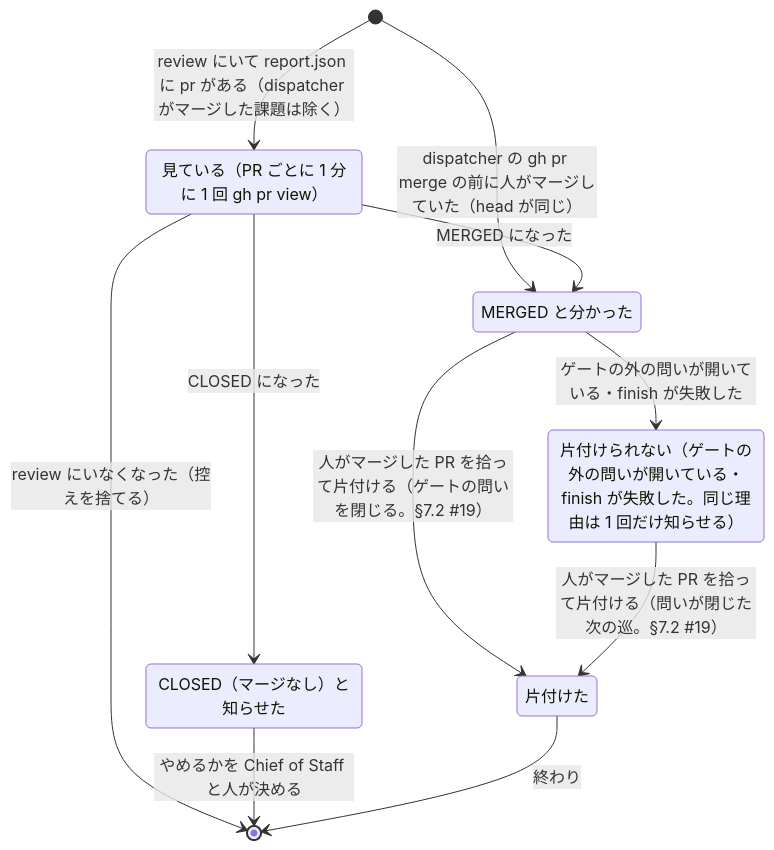
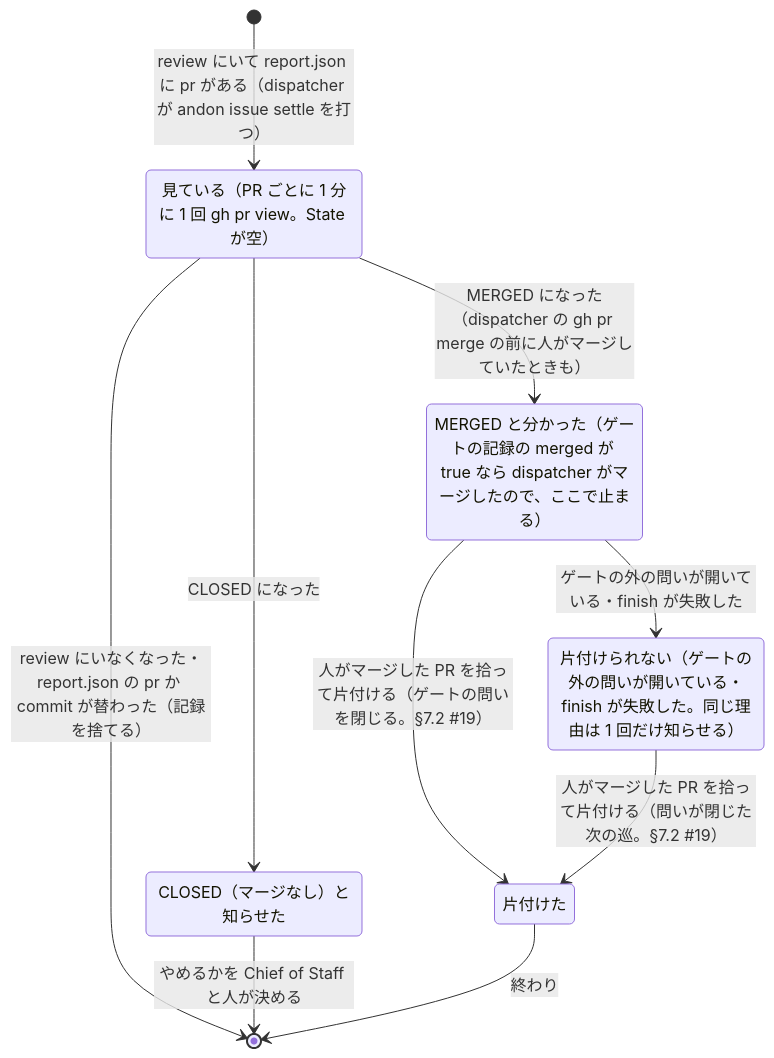
The diagram in docs/process/human-merge.md (mitaku/andon), drawn with Mermaid before and after one commit. The commit also changed other lines of this file and 16 other files, not shown here.

First line of the commit message:
人のマージの拾いと片付けを andon issue settle に出し、自分の記録 <slug>.settle.json を持つ（ADR-0017 P7。A-0096） (#251)

````diff
--- a/docs/process/human-merge.md
+++ b/docs/process/human-merge.md
@@ -9,18 +9,17 @@
 ```mermaid
 stateDiagram-v2
-  state "見ている（PR ごとに 1 分に 1 回 gh pr view）" as s_watching
-  state "MERGED と分かった" as s_merged
+  state "見ている（PR ごとに 1 分に 1 回 gh pr view。State が空）" as s_watching
+  state "MERGED と分かった（ゲートの記録の merged が true なら dispatcher がマージしたので、ここで止まる）" as s_merged
   state "CLOSED（マージなし）と知らせた" as s_closed
   state "片付けられない（ゲートの外の問いが開いている・finish が失敗した。同じ理由は 1 回だけ知らせる）" as s_held
   state "片付けた" as s_finished
-  [*] --> s_watching: review にいて report.json に pr がある（dispatcher がマージした課題は除く）
-  [*] --> s_merged: dispatcher の gh pr merge の前に人がマージしていた（head が同じ）
-  s_watching --> s_merged: MERGED になった
+  [*] --> s_watching: review にいて report.json に pr がある（dispatcher が andon issue settle を打つ）
+  s_watching --> s_merged: MERGED になった（dispatcher の gh pr merge の前に人がマージしていたときも）
   s_watching --> s_closed: CLOSED になった
   s_merged --> s_finished: 人がマージした PR を拾って片付ける（ゲートの問いを閉じる。§7.2 #19）
   s_merged --> s_held: ゲートの外の問いが開いている・finish が失敗した
   s_held --> s_finished: 人がマージした PR を拾って片付ける（問いが閉じた次の巡。§7.2 #19）
-  s_watching --> [*]: review にいなくなった（控えを捨てる）
+  s_watching --> [*]: review にいなくなった・report.json の pr か commit が替わった（記録を捨てる）
   s_closed --> [*]: やめるかを Chief of Staff と人が決める
   s_finished --> [*]: 終わり
 ```
````
